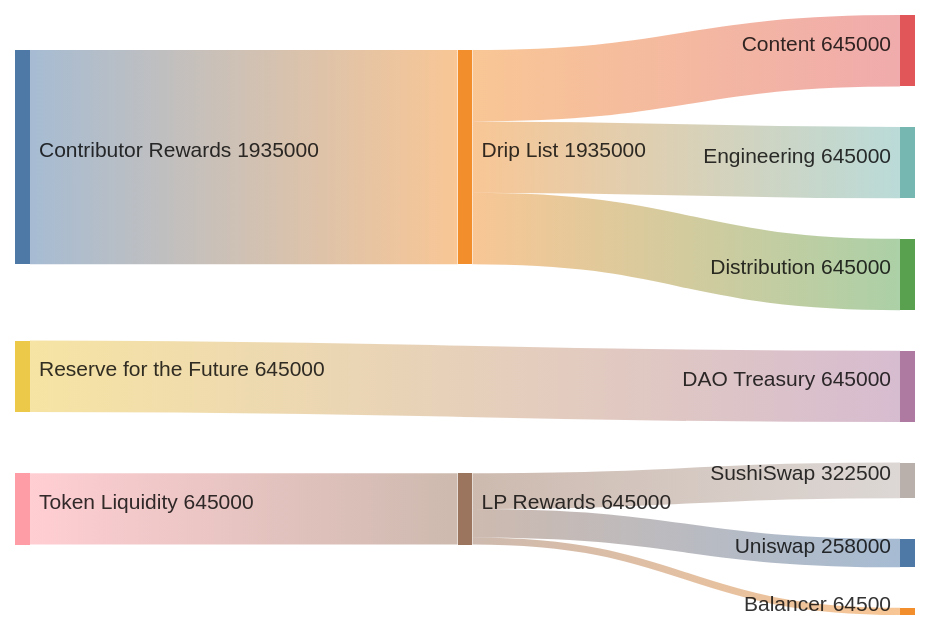
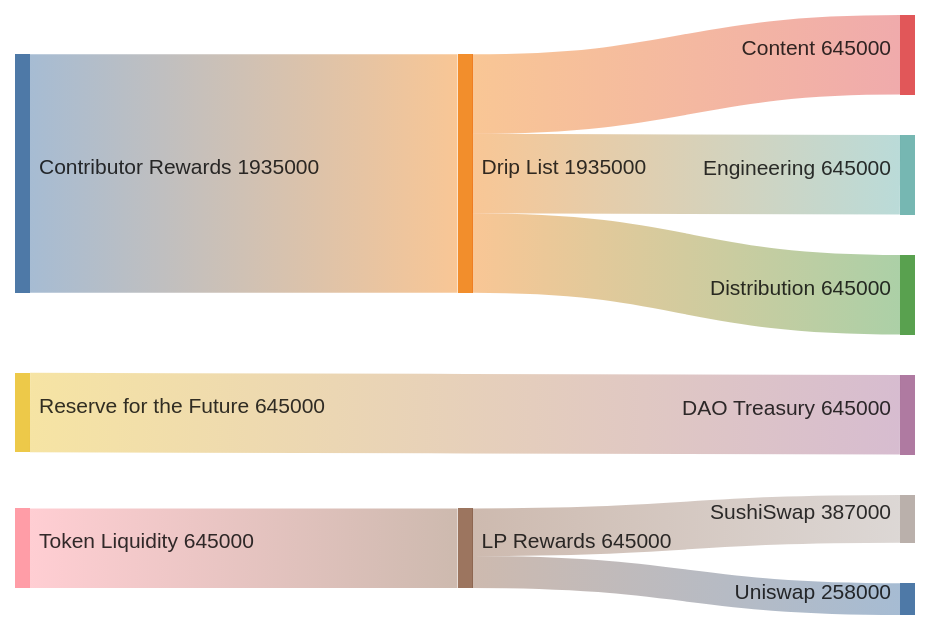
Before and after one commit to elimu-ai/web3-wiki: the fourth of 4 diagrams in TOKENOMICS.md, drawn with Mermaid.

````diff
--- a/TOKENOMICS.md
+++ b/TOKENOMICS.md
@@ -80,14 +80,13 @@
 ```mermaid
 sankey-beta
 
 %% source,target,value
 Contributor Rewards,Drip List,1935000
 Drip List,Content,645000
 Drip List,Engineering,645000
 Drip List,Distribution,645000
 Reserve for the Future,DAO Treasury,645000
 Token Liquidity,LP Rewards,645000
-LP Rewards,SushiSwap,322500
+LP Rewards,SushiSwap,387000
 LP Rewards,Uniswap,258000
-LP Rewards,Balancer,64500
 ```
````
